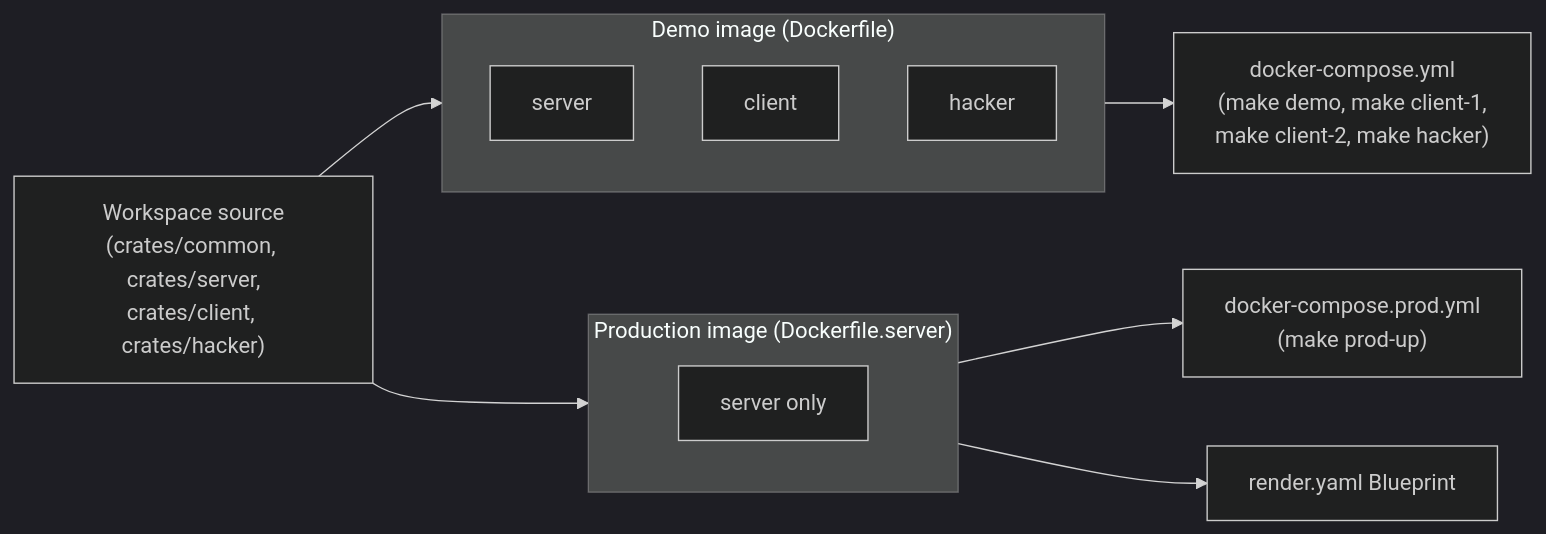
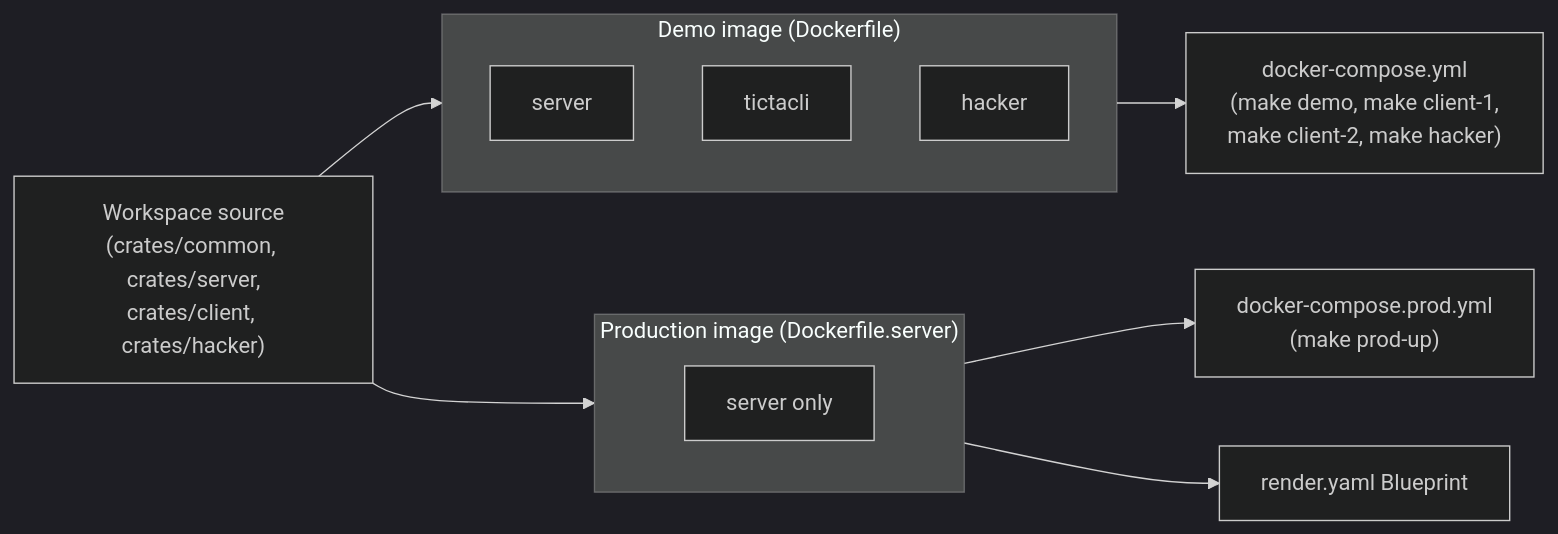
Before and after one commit to CodeAlchemy-Labs/tictactoe-rs: the first of 4 diagrams in docs/DEPLOYMENT.md, drawn with Mermaid (dark theme).

Commit message:
docs: fix mermaid label from client to tictacli

````diff
--- a/docs/DEPLOYMENT.md
+++ b/docs/DEPLOYMENT.md
@@ -202,24 +202,24 @@
 ```mermaid
 flowchart LR
     Workspace["Workspace source\n(crates/common, crates/server,\ncrates/client, crates/hacker)"]
 
     subgraph Demo ["Demo image (Dockerfile)"]
         DemoServer["server"]
-        DemoClient["client"]
+        DemoClient["tictacli"]
         DemoHacker["hacker"]
     end
 
     subgraph Prod ["Production image (Dockerfile.server)"]
         ProdServer["server only"]
     end
 
     DemoCompose["docker-compose.yml\n(make demo, make client-1,\nmake client-2, make hacker)"]
     ProdCompose["docker-compose.prod.yml\n(make prod-up)"]
     RenderBlue["render.yaml Blueprint"]
 
     Workspace --> Demo
     Workspace --> Prod
     Demo --> DemoCompose
     Prod --> ProdCompose
     Prod --> RenderBlue
 ```
````
